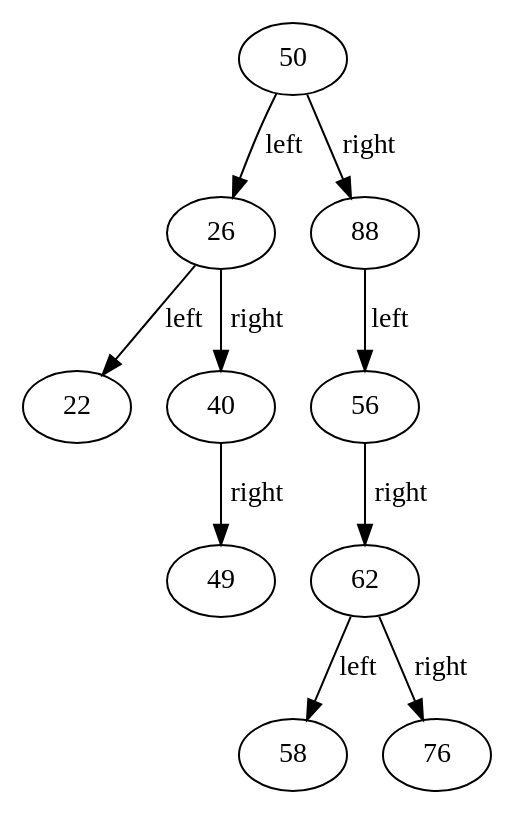
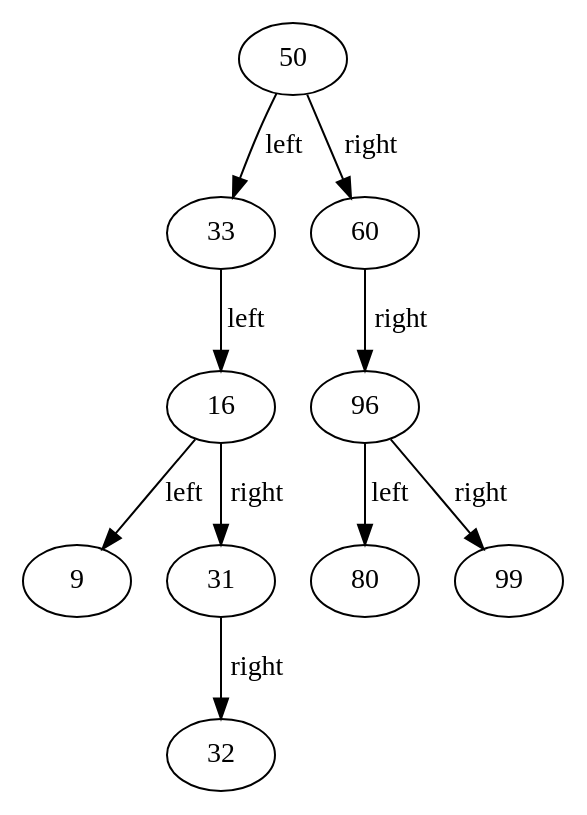
The diagram in result/output2.dot (toolbuddy/visual-ll), drawn with Graphviz before and after one commit. The commit also changed 10 other files, not shown here.

First line of the commit message:
Add graph support prototype.

```diff
--- a/result/output2.dot
+++ b/result/output2.dot
@@ -1,11 +1,11 @@
 digraph G{
-	50 -> 26 [label=left];
-	26 -> 22 [label=left];
-	26 -> 40 [label=right];
-	40 -> 49 [label=right];
-	50 -> 88 [label=right];
-	88 -> 56 [label=left];
-	56 -> 62 [label=right];
-	62 -> 58 [label=left];
-	62 -> 76 [label=right];
+	50 -> 33 [label=left];
+	33 -> 16 [label=left];
+	16 -> 9 [label=left];
+	16 -> 31 [label=right];
+	31 -> 32 [label=right];
+	50 -> 60 [label=right];
+	60 -> 96 [label=right];
+	96 -> 80 [label=left];
+	96 -> 99 [label=right];
 }
```
